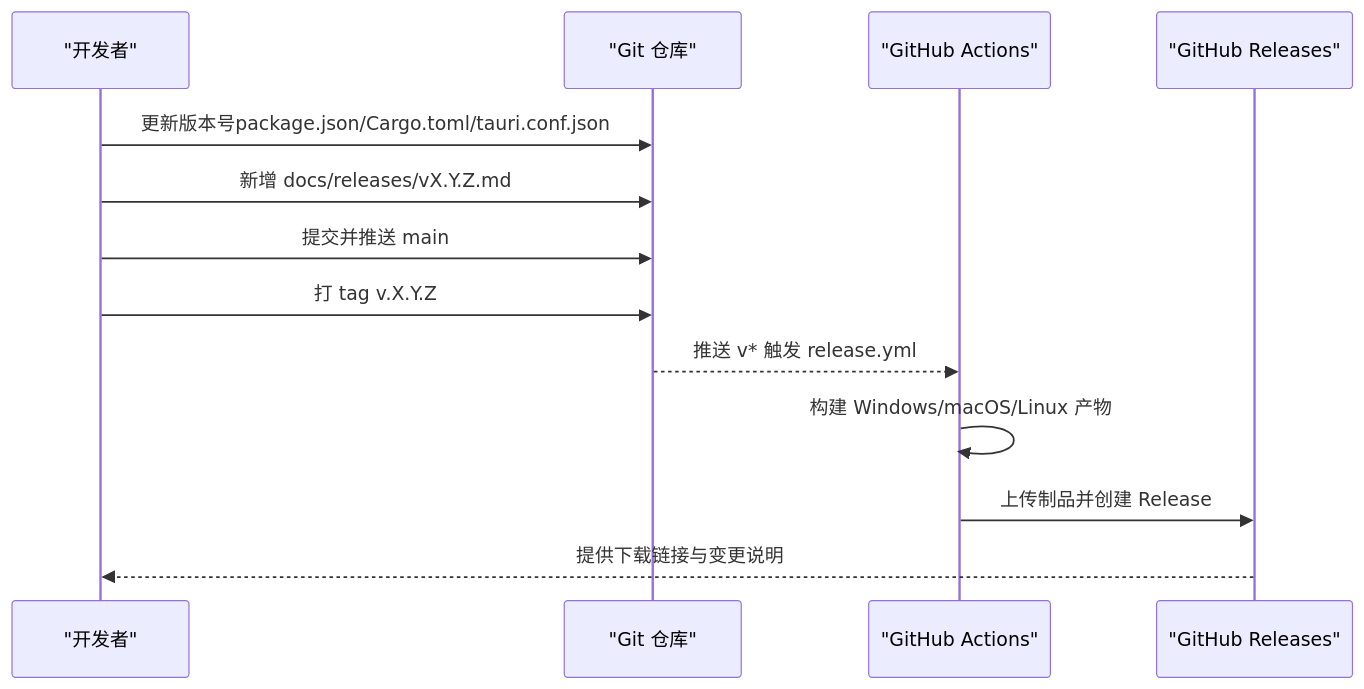
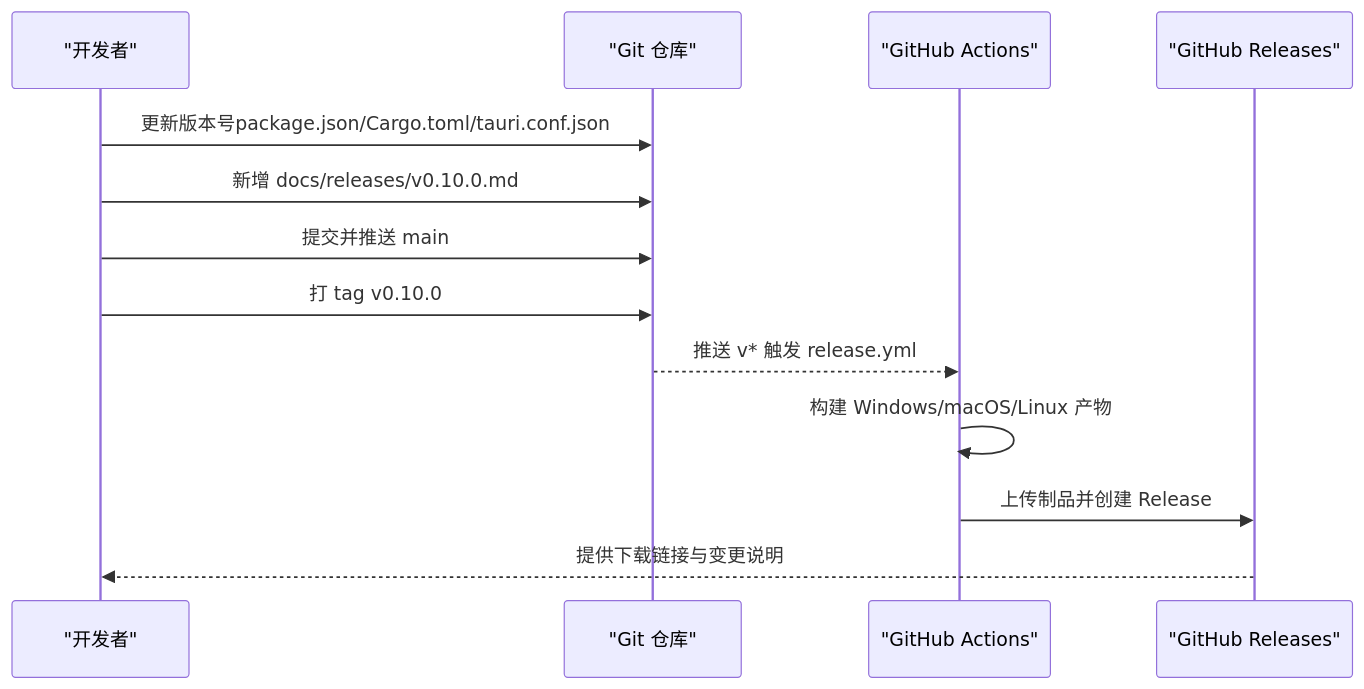
The second of 5 diagrams in .qoder/repowiki/zh/content/版本发布.md (DumKing/DevNexus), drawn with Mermaid before and after one commit. The commit also changed other lines of this file and 80 other files, not shown here.

````diff
--- a/.qoder/repowiki/zh/content/版本发布.md
+++ b/.qoder/repowiki/zh/content/版本发布.md
@@ -84,15 +115,15 @@
 ```mermaid
 sequenceDiagram
 participant Dev as "开发者"
 participant Repo as "Git 仓库"
 participant CI as "GitHub Actions"
 participant GH as "GitHub Releases"
 Dev->>Repo : 更新版本号package.json/Cargo.toml/tauri.conf.json
-Dev->>Repo : 新增 docs/releases/vX.Y.Z.md
+Dev->>Repo : 新增 docs/releases/v0.10.0.md
 Dev->>Repo : 提交并推送 main
-Dev->>Repo : 打 tag v.X.Y.Z
+Dev->>Repo : 打 tag v0.10.0
 Repo-->>CI : 推送 v* 触发 release.yml
 CI->>CI : 构建 Windows/macOS/Linux 产物
 CI->>GH : 上传制品并创建 Release
 GH-->>Dev : 提供下载链接与变更说明
 ```
````
